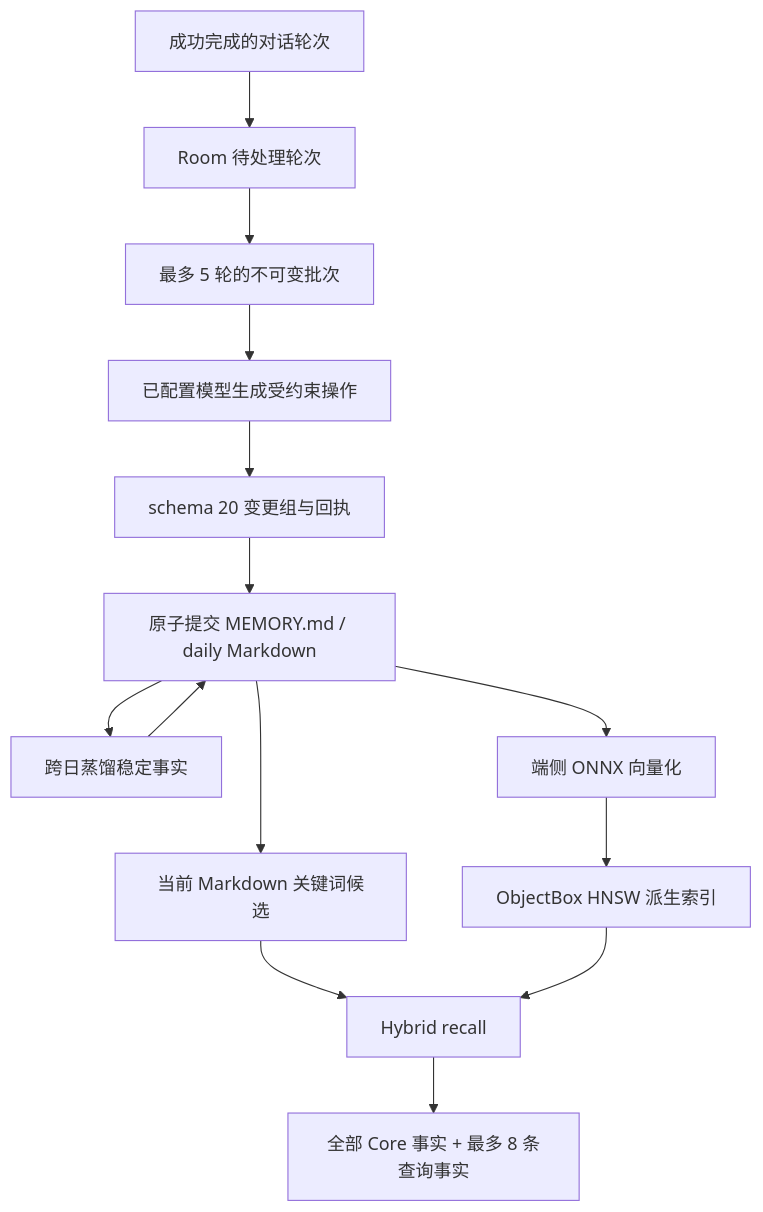
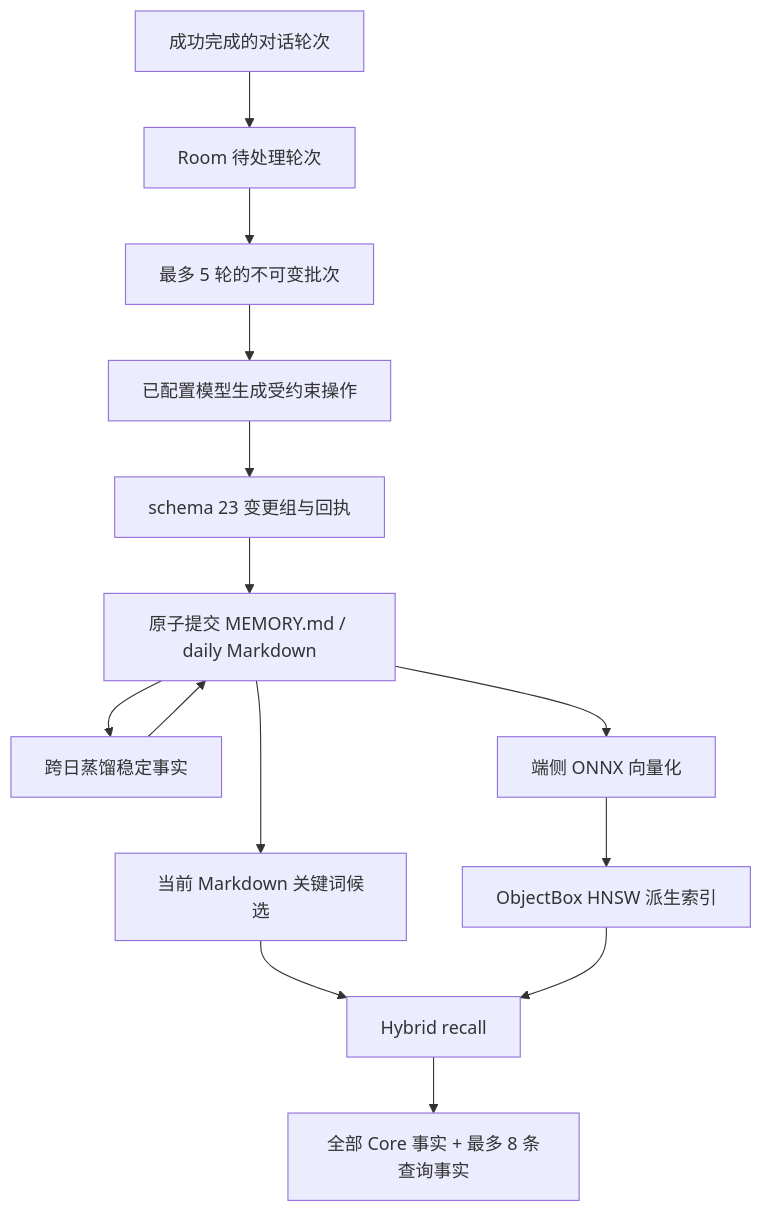
One commit to NaBr406/ChatWithChat changed the first of 2 diagrams in README.md. Above: the diagram before and after it, drawn with Mermaid. The commit also changed other lines of this file and 1 other file, not shown here.

````diff
--- a/README.md
+++ b/README.md
@@ -187,16 +253,16 @@
 ```mermaid
 flowchart TD
     TURN["成功完成的对话轮次"] --> PENDING["Room 待处理轮次"]
     PENDING --> BATCH["最多 5 轮的不可变批次"]
     BATCH --> LLM["已配置模型生成受约束操作"]
-    LLM --> RECEIPT["schema 20 变更组与回执"]
+    LLM --> RECEIPT["schema 23 变更组与回执"]
     RECEIPT --> MARKDOWN["原子提交 MEMORY.md / daily Markdown"]
     MARKDOWN --> DISTILL["跨日蒸馏稳定事实"]
     DISTILL --> MARKDOWN
     MARKDOWN --> LEXICAL["当前 Markdown 关键词候选"]
     MARKDOWN --> EMBEDDING["端侧 ONNX 向量化"]
     EMBEDDING --> HNSW["ObjectBox HNSW 派生索引"]
     LEXICAL --> HYBRID["Hybrid recall"]
     HNSW --> HYBRID
     HYBRID --> PROMPT["全部 Core 事实 + 最多 8 条查询事实"]
 ```
````
